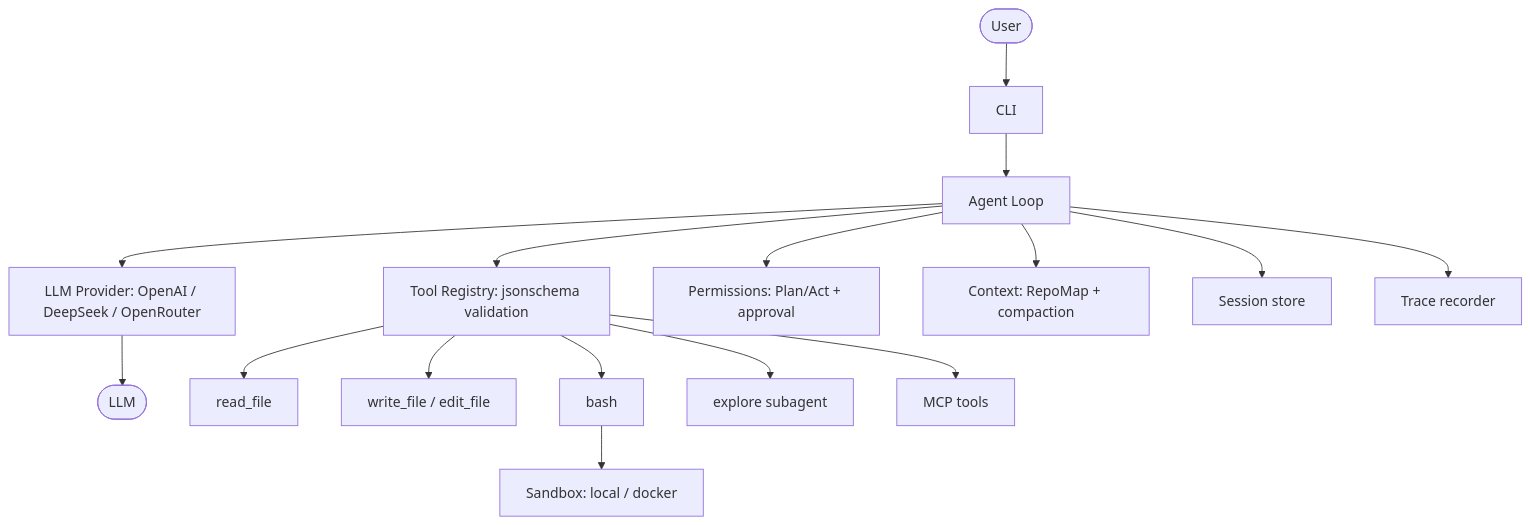
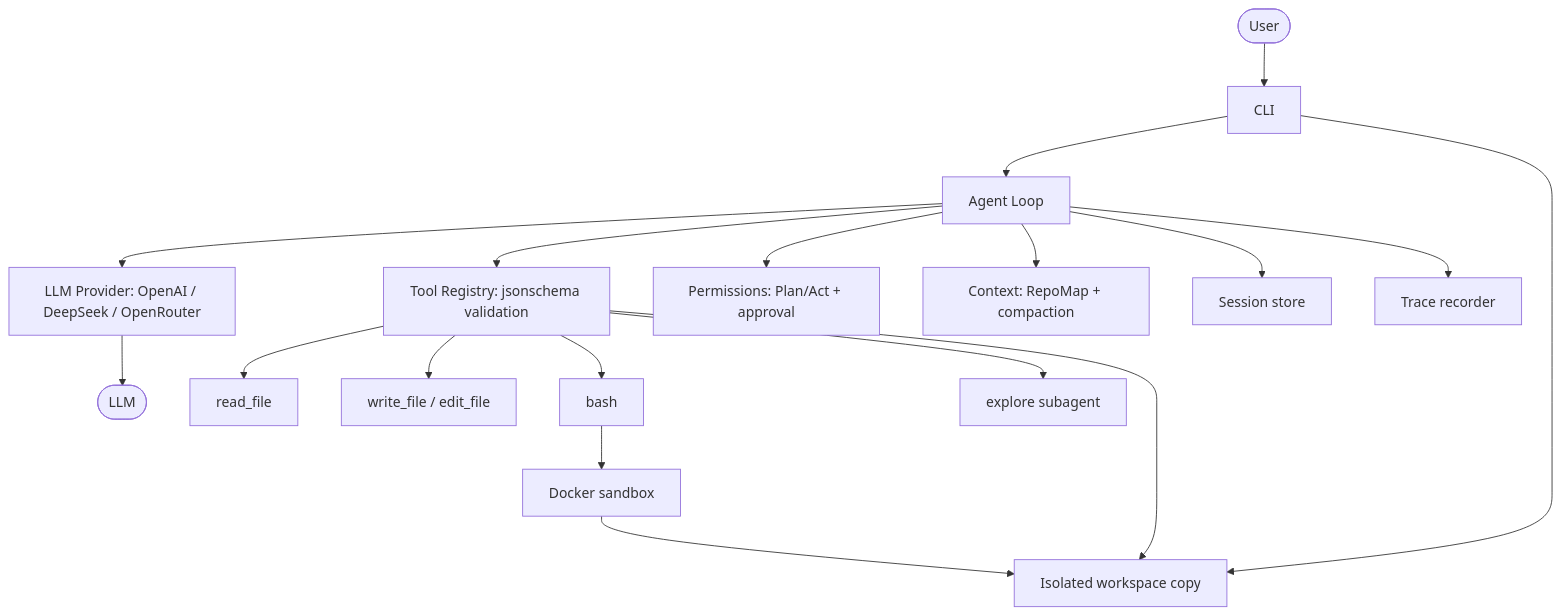
One commit to Fengjh-cs/mini-dev changed the diagram in README.md. Above: the diagram before and after it, drawn with Mermaid. The commit also changed other lines of this file and 17 other files, not shown here.

Commit message:
feat: isolated workspace copy + Docker-only bash for full run isolation

````diff
--- a/README.md
+++ b/README.md
@@ -73,18 +73,20 @@
 ```mermaid
 flowchart TD
     User([User]) --> CLI[CLI]
     CLI --> Loop[Agent Loop]
     Loop --> Provider[LLM Provider: OpenAI / DeepSeek / OpenRouter]
     Provider --> Model([LLM])
     Loop --> Registry[Tool Registry: jsonschema validation]
     Registry --> Read[read_file]
     Registry --> Edit[write_file / edit_file]
     Registry --> Bash[bash]
     Registry --> Explore[explore subagent]
-    Registry --> MCP[MCP tools]
-    Bash --> Sandbox[Sandbox: local / docker]
+    CLI --> Workspace[Isolated workspace copy]
+    Registry --> Workspace
+    Bash --> Sandbox[Docker sandbox]
+    Sandbox --> Workspace
     Loop --> Permissions[Permissions: Plan/Act + approval]
     Loop --> Context[Context: RepoMap + compaction]
     Loop --> Session[Session store]
     Loop --> Trace[Trace recorder]
 ```
````
